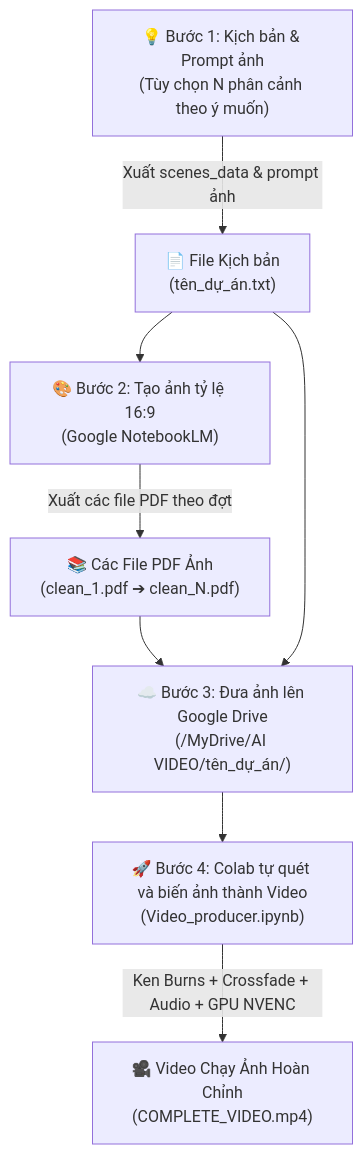
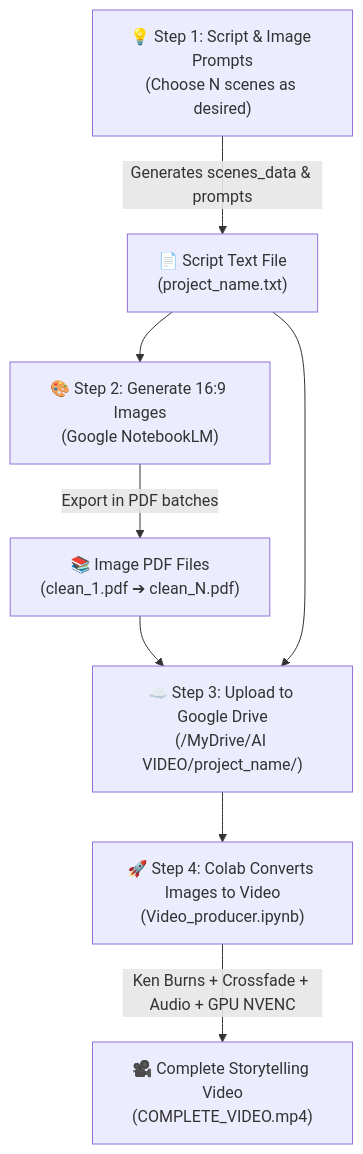
The diagram in README.md (NgPcAnhh/Video_producer_automation), drawn with Mermaid before and after one commit. The commit also changed other lines of this file and 1 other file, not shown here.

````diff
--- a/README.md
+++ b/README.md
@@ -23,10 +29,10 @@
 ```mermaid
 flowchart TD
-    A["💡 Bước 1: Kịch bản & Prompt ảnh<br/>(Tùy chọn N phân cảnh theo ý muốn)"] -->|Xuất scenes_data & prompt ảnh| B["📄 File Kịch bản<br/>(tên_dự_án.txt)"]
-    B --> C["🎨 Bước 2: Tạo ảnh tỷ lệ 16:9<br/>(Google NotebookLM)"]
-    C -->|Xuất các file PDF theo đợt| D["📚 Các File PDF Ảnh<br/>(clean_1.pdf ➔ clean_N.pdf)"]
-    D --> E["☁️ Bước 3: Đưa ảnh lên Google Drive<br/>(/MyDrive/AI VIDEO/tên_dự_án/)"]
+    A["💡 Step 1: Script & Image Prompts<br/>(Choose N scenes as desired)"] -->|Generates scenes_data & prompts| B["📄 Script Text File<br/>(project_name.txt)"]
+    B --> C["🎨 Step 2: Generate 16:9 Images<br/>(Google NotebookLM)"]
+    C -->|Export in PDF batches| D["📚 Image PDF Files<br/>(clean_1.pdf ➔ clean_N.pdf)"]
+    D --> E["☁️ Step 3: Upload to Google Drive<br/>(/MyDrive/AI VIDEO/project_name/)"]
     B --> E
-    E --> F["🚀 Bước 4: Colab tự quét và biến ảnh thành Video<br/>(Video_producer.ipynb)"]
-    F -->|Ken Burns + Crossfade + Audio + GPU NVENC| G["🎥 Video Chạy Ảnh Hoàn Chỉnh<br/>(COMPLETE_VIDEO.mp4)"]
+    E --> F["🚀 Step 4: Colab Converts Images to Video<br/>(Video_producer.ipynb)"]
+    F -->|Ken Burns + Crossfade + Audio + GPU NVENC| G["🎥 Complete Storytelling Video<br/>(COMPLETE_VIDEO.mp4)"]
 ```
````
